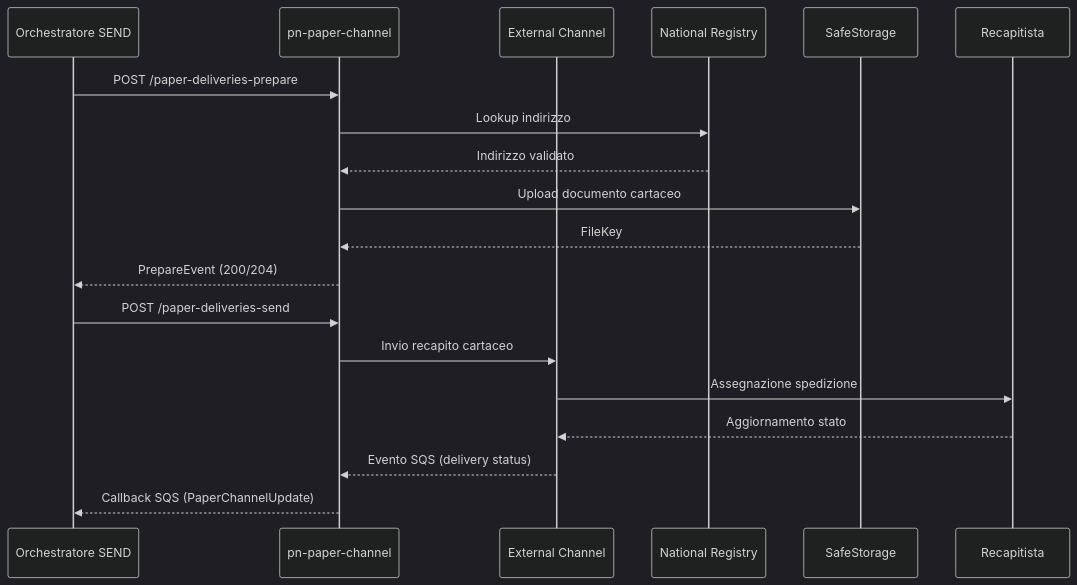
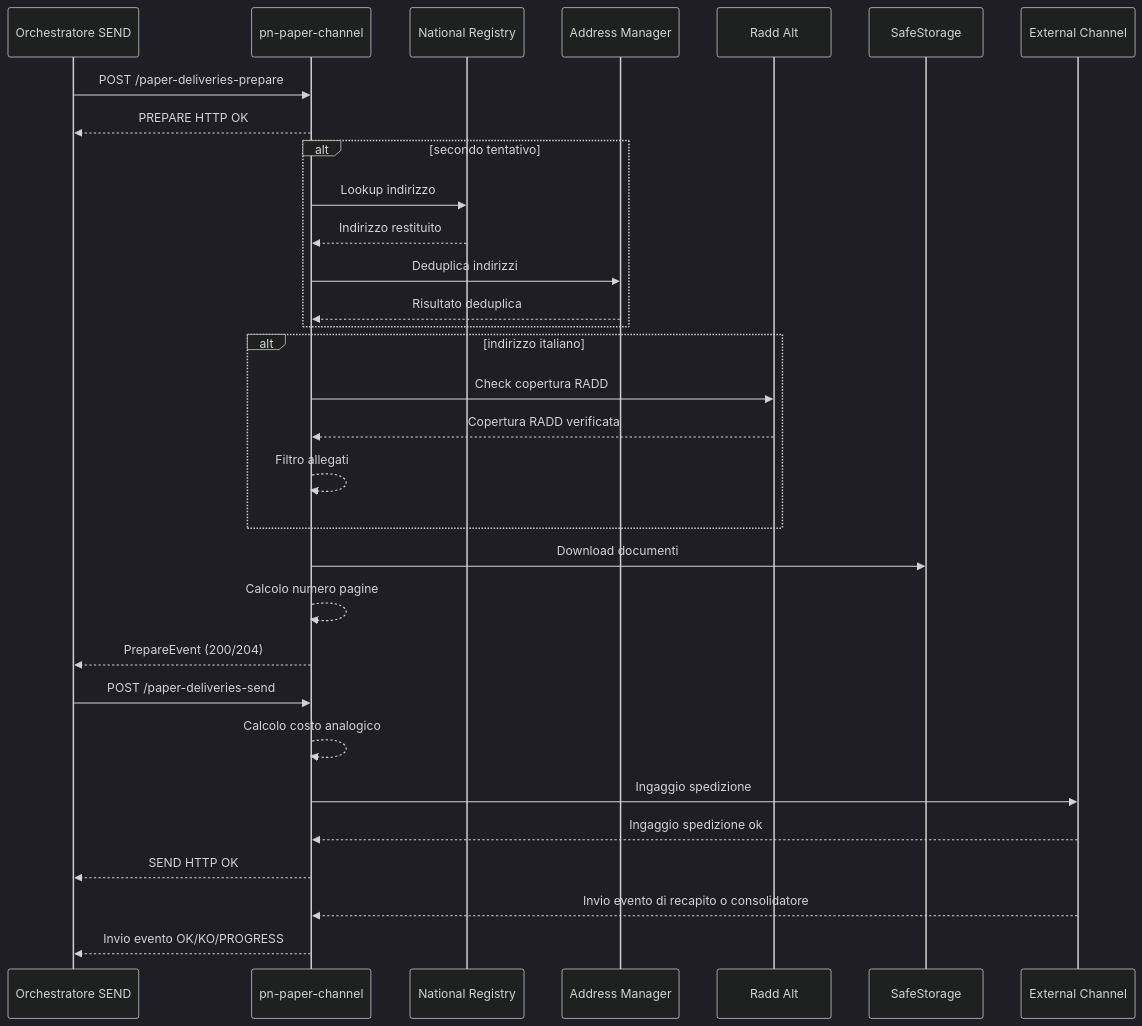
One commit to pagopa/pn-paper-channel changed the diagram in README.md. Above: the diagram before and after it, drawn with Mermaid (dark theme). The commit also changed other lines of this file, not shown here.

Commit message:
PN-20969 - edit sequence diagram

````diff
--- a/README.md
+++ b/README.md
@@ -48,22 +48,34 @@
 ```mermaid
 sequenceDiagram
     participant Orchestratore SEND
     participant pn-paper-channel
+    participant National Registry
+    participant Address Manager
+    participant Radd Alt
+    participant SafeStorage
     participant External Channel
-    participant National Registry
-    participant SafeStorage
-    participant Recapitista
 
     Orchestratore SEND->>pn-paper-channel: POST /paper-deliveries-prepare
-    pn-paper-channel->>National Registry: Lookup indirizzo
-    National Registry-->>pn-paper-channel: Indirizzo validato
-    pn-paper-channel->>SafeStorage: Upload documento cartaceo
-    SafeStorage-->>pn-paper-channel: FileKey
+    pn-paper-channel-->>Orchestratore SEND: PREPARE HTTP OK
+    alt secondo tentativo
+        pn-paper-channel->>National Registry: Lookup indirizzo
+        National Registry-->>pn-paper-channel: Indirizzo restituito
+        pn-paper-channel->>Address Manager: Deduplica indirizzi
+        Address Manager-->>pn-paper-channel: Risultato deduplica
+    end
+    alt indirizzo italiano
+        pn-paper-channel->>Radd Alt: Check copertura RADD
+        Radd Alt-->>pn-paper-channel: Copertura RADD verificata
+        pn-paper-channel-->>pn-paper-channel: Filtro allegati
+    end
+    pn-paper-channel->>SafeStorage: Download documenti
+    pn-paper-channel-->>pn-paper-channel: Calcolo numero pagine
     pn-paper-channel-->>Orchestratore SEND: PrepareEvent (200/204)
     Orchestratore SEND->>pn-paper-channel: POST /paper-deliveries-send
-    pn-paper-channel->>External Channel: Invio recapito cartaceo
-    External Channel->>Recapitista: Assegnazione spedizione
-    Recapitista-->>External Channel: Aggiornamento stato
-    External Channel-->>pn-paper-channel: Evento SQS (delivery status)
-    pn-paper-channel-->>Orchestratore SEND: Callback SQS (PaperChannelUpdate)
+    pn-paper-channel-->>pn-paper-channel: Calcolo costo analogico
+    pn-paper-channel->>External Channel: Ingaggio spedizione
+    External Channel-->>pn-paper-channel: Ingaggio spedizione ok
+    pn-paper-channel-->>Orchestratore SEND: SEND HTTP OK
+    External Channel-->>pn-paper-channel: Invio evento di recapito o consolidatore
+    pn-paper-channel-->>Orchestratore SEND: Invio evento OK/KO/PROGRESS
 ```
````
